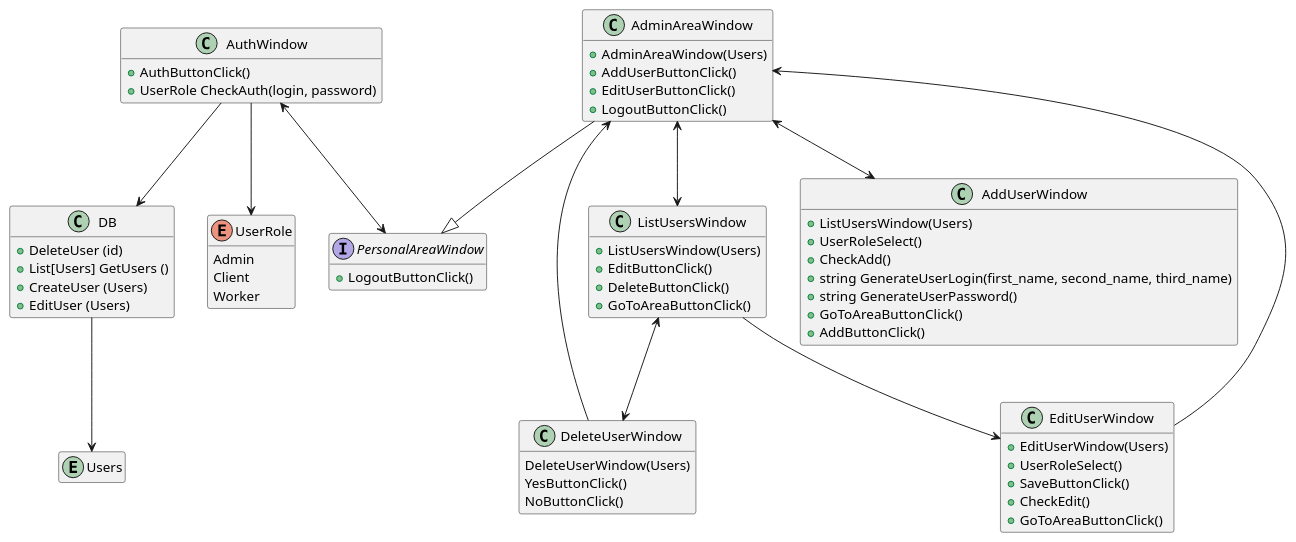
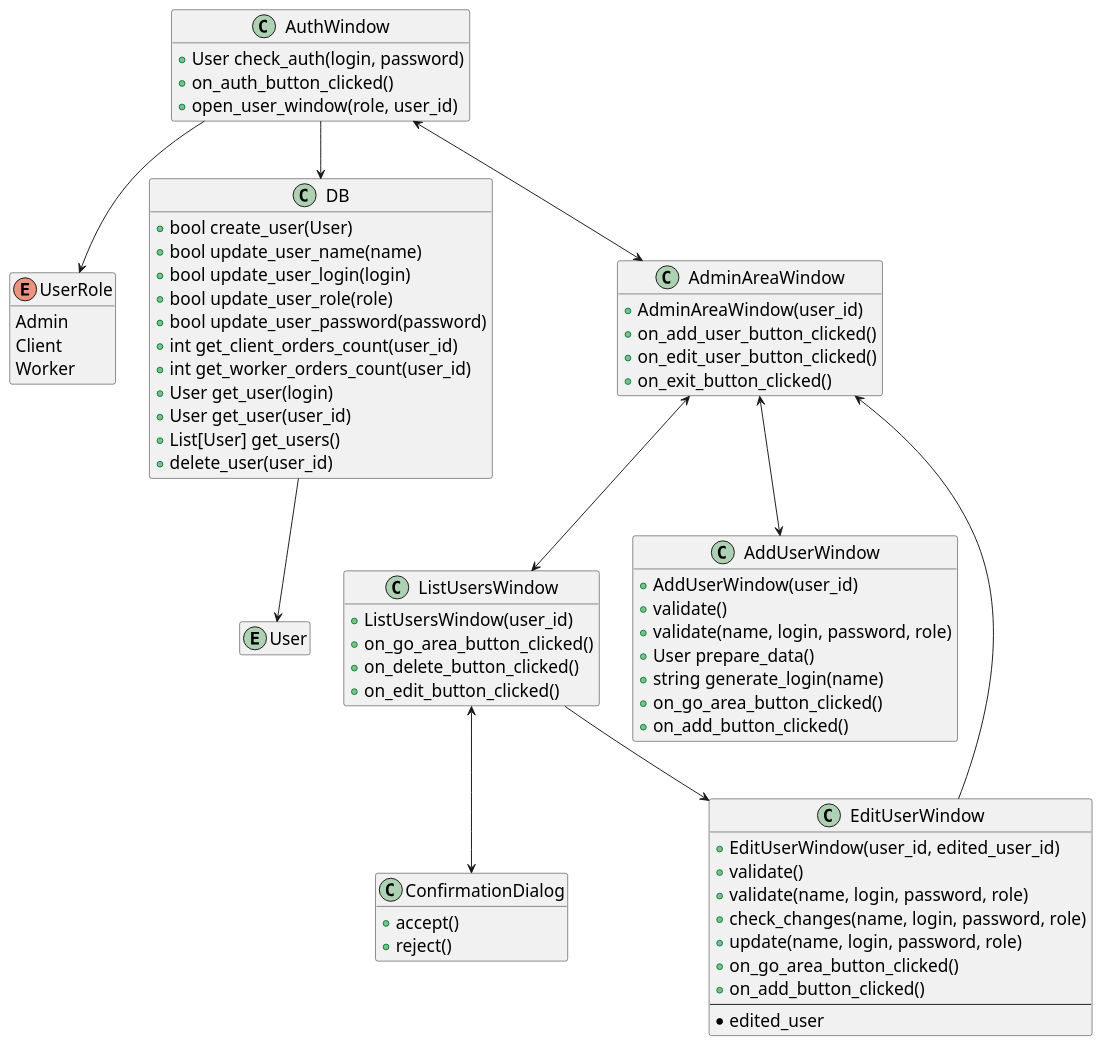
The diagram in Diagrams/classes/admin.wsd (Dugers/Machine-repair), drawn with PlantUML before and after one commit. The commit also changed 14 other files, not shown here.

Commit message:
update diagrams style

```diff
--- a/Diagrams/classes/admin.wsd
+++ b/Diagrams/classes/admin.wsd
@@ -1,78 +1,86 @@
 @startuml admin_class
+
+skinparam defaultFontSize 18
 
 hide empty members
 
 enum UserRole {
   Admin
   Client
   Worker
 }
+
 class DB {
-  + DeleteUser (id)
-  + List[Users] GetUsers ()
-  + CreateUser (Users)
-  + EditUser (Users)
+  + bool create_user(User)
+  + bool update_user_name(name)
+  + bool update_user_login(login)
+  + bool update_user_role(role)
+  + bool update_user_password(password)
+  + int get_client_orders_count(user_id)
+  + int get_worker_orders_count(user_id)
+  + User get_user(login)
+  + User get_user(user_id)
+  + List[User] get_users()
+  + delete_user(user_id)
 }
 class AuthWindow {
-  + AuthButtonClick()
-  + UserRole CheckAuth(login, password)
+  + User check_auth(login, password)
+  + on_auth_button_clicked()
+  + open_user_window(role, user_id)
 }
  
-Entity Users
-
-Interface PersonalAreaWindow {
-  + LogoutButtonClick()
-}
+Entity User
 
 class AdminAreaWindow {
-  + AdminAreaWindow(Users)
-  + AddUserButtonClick()
-  + EditUserButtonClick()
-  + LogoutButtonClick()
+  + AdminAreaWindow(user_id)
+  + on_add_user_button_clicked()
+  + on_edit_user_button_clicked()
+  + on_exit_button_clicked()
 }
 
 class ListUsersWindow {
-  + ListUsersWindow(Users)
-  + EditButtonClick()
-  + DeleteButtonClick()
-  + GoToAreaButtonClick()
+  + ListUsersWindow(user_id)
+  + on_go_area_button_clicked()
+  + on_delete_button_clicked()
+  + on_edit_button_clicked()
 }
 
 class EditUserWindow {
-  + EditUserWindow(Users)
-  + UserRoleSelect()
-  + SaveButtonClick()
-  + CheckEdit()
-  + GoToAreaButtonClick()
+  + EditUserWindow(user_id, edited_user_id)
+  + validate()
+  + validate(name, login, password, role)
+  + check_changes(name, login, password, role)
+  + update(name, login, password, role)
+  + on_go_area_button_clicked()
+  + on_add_button_clicked()
+  --
+  * edited_user
 }
 
 class AddUserWindow {
-  + ListUsersWindow(Users)
-  + UserRoleSelect() 
-  + CheckAdd()
-  + string GenerateUserLogin(first_name, second_name, third_name)
-  + string GenerateUserPassword()
-  + GoToAreaButtonClick()
-  + AddButtonClick()
+  + AddUserWindow(user_id)
+  + validate()
+  + validate(name, login, password, role)
+  + User prepare_data()
+  + string generate_login(name)
+  + on_go_area_button_clicked()
+  + on_add_button_clicked()
 }
 
-class DeleteUserWindow {
-  DeleteUserWindow(Users)
-  YesButtonClick()
-  NoButtonClick()
+class ConfirmationDialog {
+  + accept()
+  + reject()
 }
 
 AuthWindow --> DB
-DB --> Users
+DB --> User
 AuthWindow --> UserRole
-AuthWindow <--> PersonalAreaWindow
-AdminAreaWindow --|> PersonalAreaWindow
+AuthWindow <--> AdminAreaWindow
 AdminAreaWindow <--> ListUsersWindow
 AdminAreaWindow <--> AddUserWindow
 EditUserWindow --> AdminAreaWindow
 ListUsersWindow --> EditUserWindow
-ListUsersWindow <--> DeleteUserWindow
-DeleteUserWindow --> AdminAreaWindow
+ListUsersWindow <--> ConfirmationDialog
 
 
 @enduml
```
